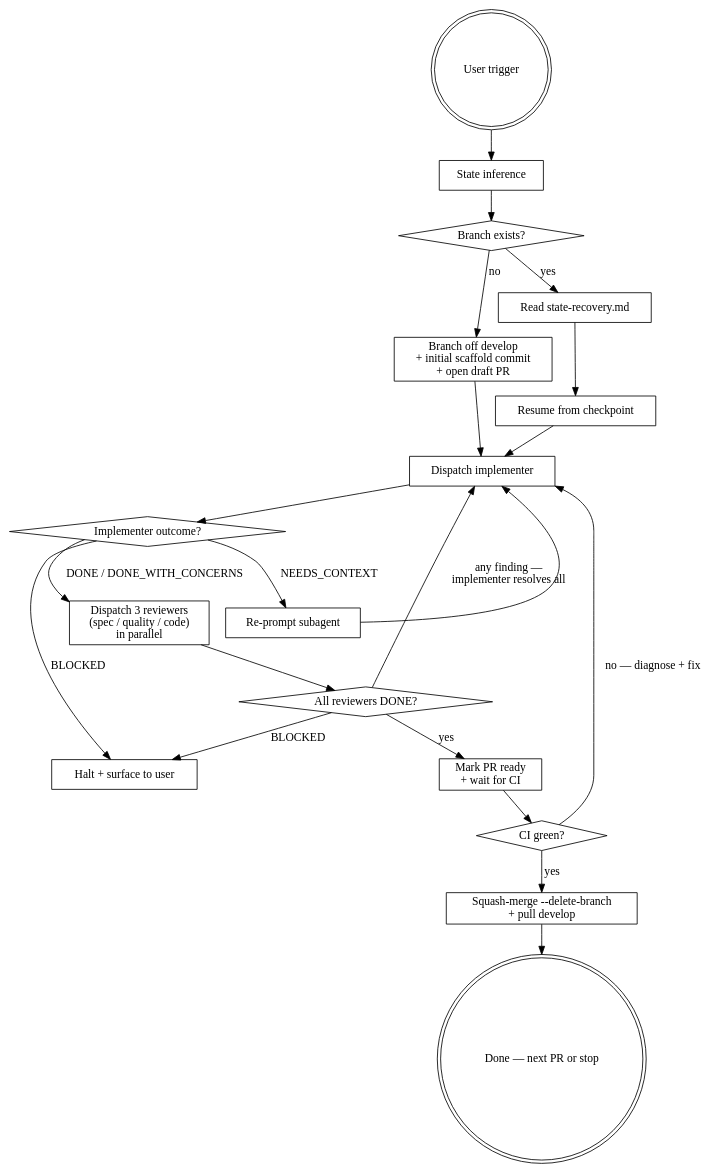
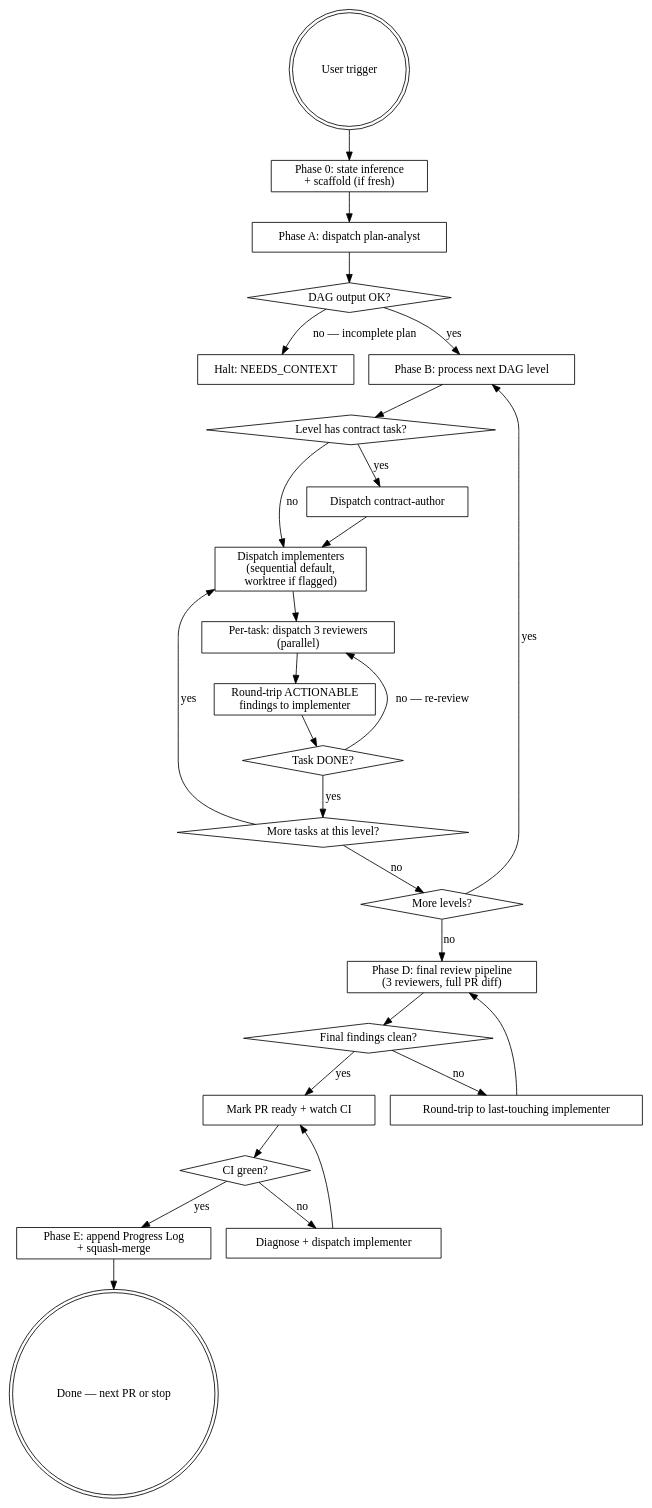
Before and after one commit to Sawmonabo/ai-sidekicks: the diagram in .claude/skills/plan-execution/SKILL.md, drawn with Graphviz. The commit also changed other lines of this file and 9 other files, not shown here.

````diff
--- a/.claude/skills/plan-execution/SKILL.md
+++ b/.claude/skills/plan-execution/SKILL.md
@@ -43,41 +44,54 @@
 ```dot
-digraph plan_execution {
+digraph plan_execution_v2 {
     "User trigger" [shape=doublecircle];
-    "State inference" [shape=box];
-    "Branch exists?" [shape=diamond];
-    "Read state-recovery.md" [shape=box];
-    "Branch off develop\n+ initial scaffold commit\n+ open draft PR" [shape=box];
-    "Resume from checkpoint" [shape=box];
-    "Dispatch implementer" [shape=box];
-    "Implementer outcome?" [shape=diamond];
-    "Dispatch 3 reviewers\n(spec / quality / code)\nin parallel" [shape=box];
-    "All reviewers DONE?" [shape=diamond];
-    "Mark PR ready\n+ wait for CI" [shape=box];
+    "Phase 0: state inference\n+ scaffold (if fresh)" [shape=box];
+    "Phase A: dispatch plan-analyst" [shape=box];
+    "DAG output OK?" [shape=diamond];
+    "Halt: NEEDS_CONTEXT" [shape=box];
+    "Phase B: process next DAG level" [shape=box];
+    "Level has contract task?" [shape=diamond];
+    "Dispatch contract-author" [shape=box];
+    "Dispatch implementers\n(sequential default,\nworktree if flagged)" [shape=box];
+    "Per-task: dispatch 3 reviewers\n(parallel)" [shape=box];
+    "Round-trip ACTIONABLE\nfindings to implementer" [shape=box];
+    "Task DONE?" [shape=diamond];
+    "More tasks at this level?" [shape=diamond];
+    "More levels?" [shape=diamond];
+    "Phase D: final review pipeline\n(3 reviewers, full PR diff)" [shape=box];
+    "Final findings clean?" [shape=diamond];
+    "Round-trip to last-touching implementer" [shape=box];
+    "Mark PR ready + watch CI" [shape=box];
     "CI green?" [shape=diamond];
-    "Squash-merge --delete-branch\n+ pull develop" [shape=box];
+    "Diagnose + dispatch implementer" [shape=box];
+    "Phase E: append Progress Log\n+ squash-merge" [shape=box];
     "Done — next PR or stop" [shape=doublecircle];
-    "Halt + surface to user" [shape=box];
-    "Re-prompt subagent" [shape=box];
 
-    "User trigger" -> "State inference";
-    "State inference" -> "Branch exists?";
-    "Branch exists?" -> "Read state-recovery.md" [label="yes"];
-    "Branch exists?" -> "Branch off develop\n+ initial scaffold commit\n+ open draft PR" [label="no"];
-    "Read state-recovery.md" -> "Resume from checkpoint";
-    "Resume from checkpoint" -> "Dispatch implementer";
-    "Branch off develop\n+ initial scaffold commit\n+ open draft PR" -> "Dispatch implementer";
-    "Dispatch implementer" -> "Implementer outcome?";
-    "Implementer outcome?" -> "Dispatch 3 reviewers\n(spec / quality / code)\nin parallel" [label="DONE / DONE_WITH_CONCERNS"];
-    "Implementer outcome?" -> "Re-prompt subagent" [label="NEEDS_CONTEXT"];
-    "Implementer outcome?" -> "Halt + surface to user" [label="BLOCKED"];
-    "Re-prompt subagent" -> "Dispatch implementer";
-    "Dispatch 3 reviewers\n(spec / quality / code)\nin parallel" -> "All reviewers DONE?";
-    "All reviewers DONE?" -> "Mark PR ready\n+ wait for CI" [label="yes"];
-    "All reviewers DONE?" -> "Dispatch implementer" [label="any finding —\nimplementer resolves all"];
-    "All reviewers DONE?" -> "Halt + surface to user" [label="BLOCKED"];
-    "Mark PR ready\n+ wait for CI" -> "CI green?";
-    "CI green?" -> "Squash-merge --delete-branch\n+ pull develop" [label="yes"];
-    "CI green?" -> "Dispatch implementer" [label="no — diagnose + fix"];
-    "Squash-merge --delete-branch\n+ pull develop" -> "Done — next PR or stop";
+    "User trigger" -> "Phase 0: state inference\n+ scaffold (if fresh)";
+    "Phase 0: state inference\n+ scaffold (if fresh)" -> "Phase A: dispatch plan-analyst";
+    "Phase A: dispatch plan-analyst" -> "DAG output OK?";
+    "DAG output OK?" -> "Halt: NEEDS_CONTEXT" [label="no — incomplete plan"];
+    "DAG output OK?" -> "Phase B: process next DAG level" [label="yes"];
+    "Phase B: process next DAG level" -> "Level has contract task?";
+    "Level has contract task?" -> "Dispatch contract-author" [label="yes"];
+    "Dispatch contract-author" -> "Dispatch implementers\n(sequential default,\nworktree if flagged)";
+    "Level has contract task?" -> "Dispatch implementers\n(sequential default,\nworktree if flagged)" [label="no"];
+    "Dispatch implementers\n(sequential default,\nworktree if flagged)" -> "Per-task: dispatch 3 reviewers\n(parallel)";
+    "Per-task: dispatch 3 reviewers\n(parallel)" -> "Round-trip ACTIONABLE\nfindings to implementer";
+    "Round-trip ACTIONABLE\nfindings to implementer" -> "Task DONE?";
+    "Task DONE?" -> "Per-task: dispatch 3 reviewers\n(parallel)" [label="no — re-review"];
+    "Task DONE?" -> "More tasks at this level?" [label="yes"];
+    "More tasks at this level?" -> "Dispatch implementers\n(sequential default,\nworktree if flagged)" [label="yes"];
+    "More tasks at this level?" -> "More levels?" [label="no"];
+    "More levels?" -> "Phase B: process next DAG level" [label="yes"];
+    "More levels?" -> "Phase D: final review pipeline\n(3 reviewers, full PR diff)" [label="no"];
+    "Phase D: final review pipeline\n(3 reviewers, full PR diff)" -> "Final findings clean?";
+    "Final findings clean?" -> "Round-trip to last-touching implementer" [label="no"];
+    "Round-trip to last-touching implementer" -> "Phase D: final review pipeline\n(3 reviewers, full PR diff)";
+    "Final findings clean?" -> "Mark PR ready + watch CI" [label="yes"];
+    "Mark PR ready + watch CI" -> "CI green?";
+    "CI green?" -> "Diagnose + dispatch implementer" [label="no"];
+    "Diagnose + dispatch implementer" -> "Mark PR ready + watch CI";
+    "CI green?" -> "Phase E: append Progress Log\n+ squash-merge" [label="yes"];
+    "Phase E: append Progress Log\n+ squash-merge" -> "Done — next PR or stop";
 }
 ```
````
